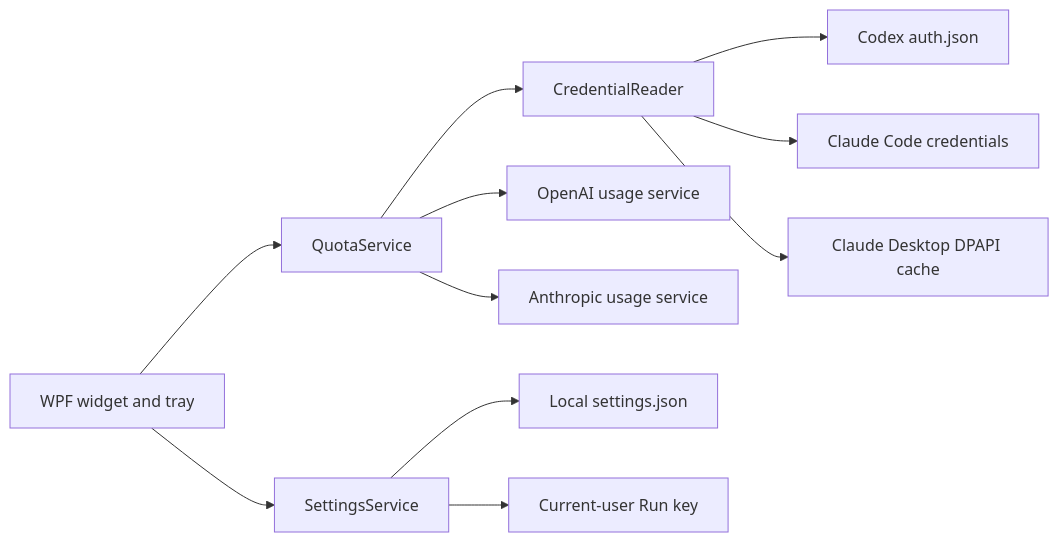
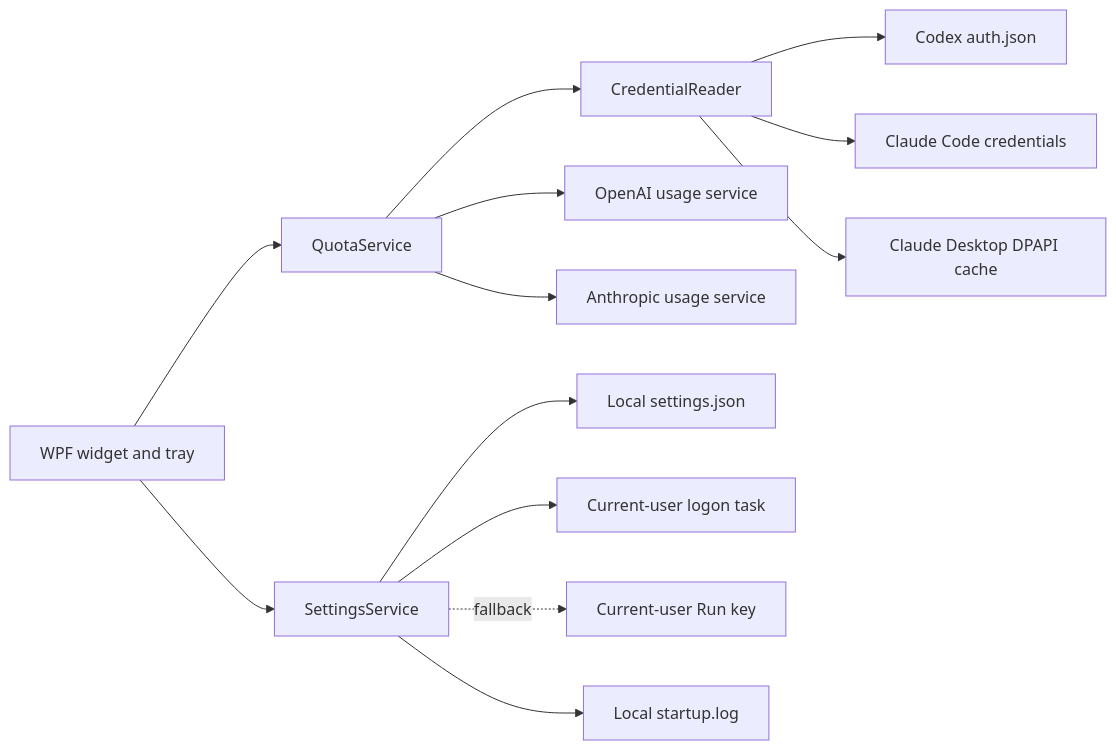
The diagram in docs/ARCHITECTURE.en.md (Torbjorn-Zhang/quota-lens), drawn with Mermaid before and after one commit. The commit also changed other lines of this file and 9 other files, not shown here.

````diff
--- a/docs/ARCHITECTURE.en.md
+++ b/docs/ARCHITECTURE.en.md
@@ -7,13 +7,15 @@
 ```mermaid
 flowchart LR
     UI[WPF widget and tray] --> QS[QuotaService]
     QS --> CR[CredentialReader]
     CR --> CX[Codex auth.json]
     CR --> CC[Claude Code credentials]
     CR --> CD[Claude Desktop DPAPI cache]
     QS --> OA[OpenAI usage service]
     QS --> AN[Anthropic usage service]
     UI --> SS[SettingsService]
     SS --> FS[Local settings.json]
-    SS --> REG[Current-user Run key]
+    SS --> TASK[Current-user logon task]
+    SS -.fallback.-> REG[Current-user Run key]
+    SS --> LOG[Local startup.log]
 ```
````
